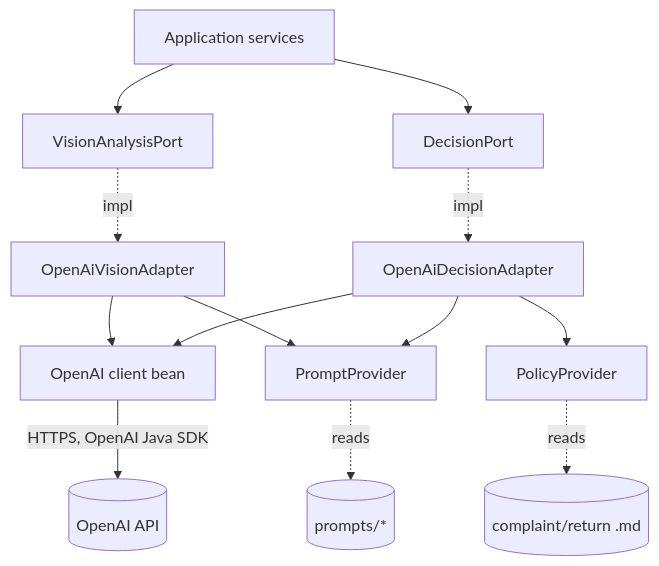
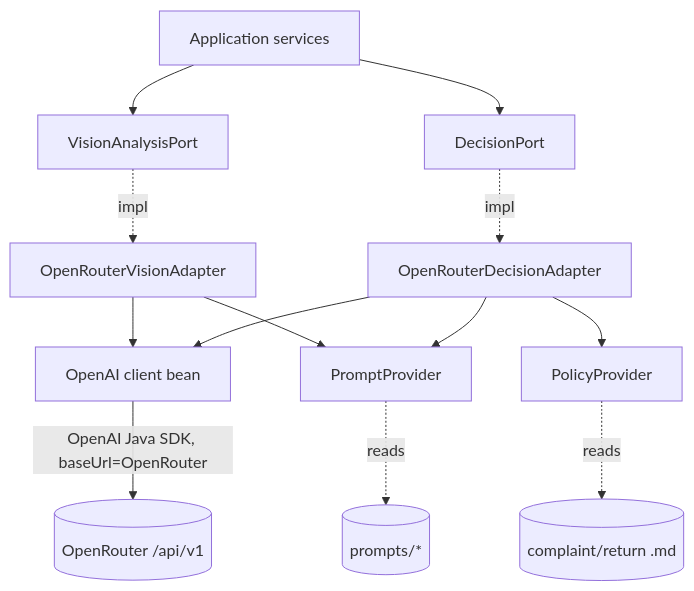
One commit to marcinws/AI-Programming-Course-NBP-22-06-2026 changed the first of 3 diagrams in docs/ADR/003-ai-llm-integration.md. Above: the diagram before and after it, drawn with Mermaid. The commit also changed other lines of this file and 5 other files, not shown here.

````diff
--- a/docs/ADR/003-ai-llm-integration.md
+++ b/docs/ADR/003-ai-llm-integration.md
@@ -109,15 +110,15 @@
 ```mermaid
 flowchart TB
     App[Application services] --> VPort[VisionAnalysisPort]
     App --> DPort[DecisionPort]
-    VPort -. impl .-> VAdj[OpenAiVisionAdapter]
-    DPort -. impl .-> DAdj[OpenAiDecisionAdapter]
+    VPort -. impl .-> VAdj[OpenRouterVisionAdapter]
+    DPort -. impl .-> DAdj[OpenRouterDecisionAdapter]
     VAdj --> Client[OpenAI client bean]
     DAdj --> Client
     VAdj --> PP[PromptProvider]
     DAdj --> PP
     DAdj --> POL[PolicyProvider]
-    Client -->|HTTPS, OpenAI Java SDK| OAI[(OpenAI API)]
+    Client -->|OpenAI Java SDK, baseUrl=OpenRouter| OR[(OpenRouter /api/v1)]
     POL -.reads.-> Files[(complaint/return .md)]
     PP -.reads.-> Tmpl[(prompts/*)]
 ```
````
